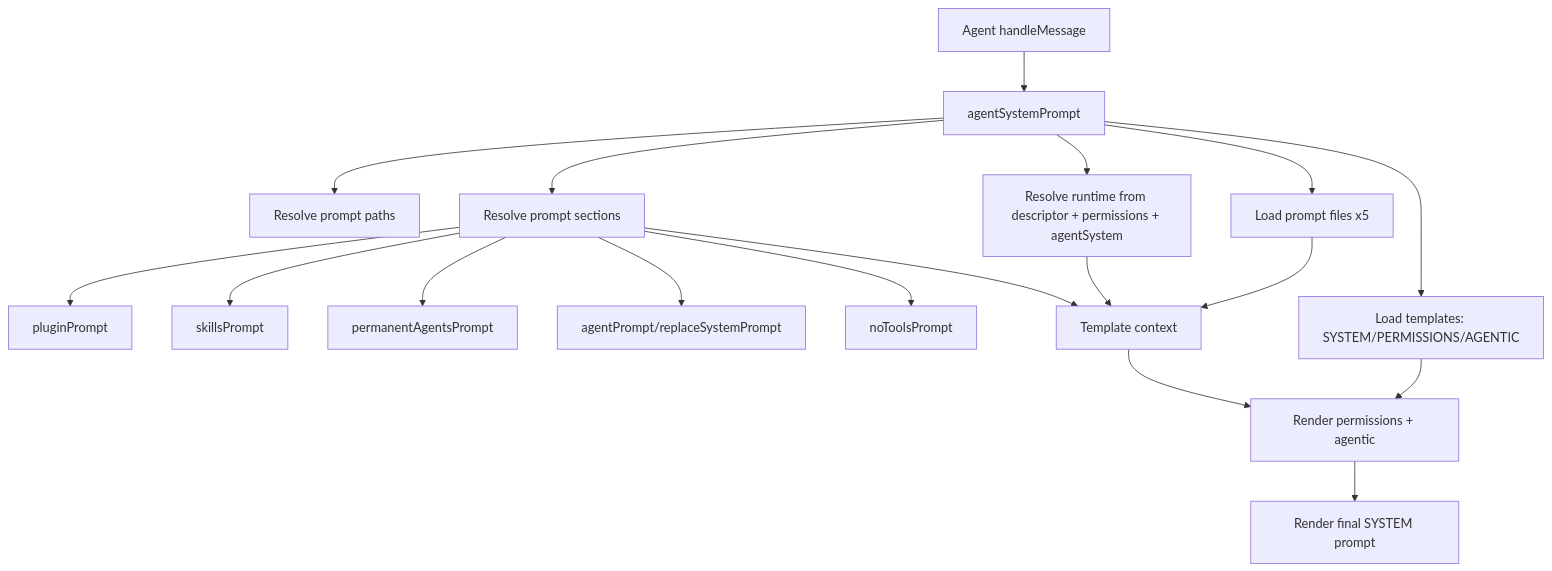
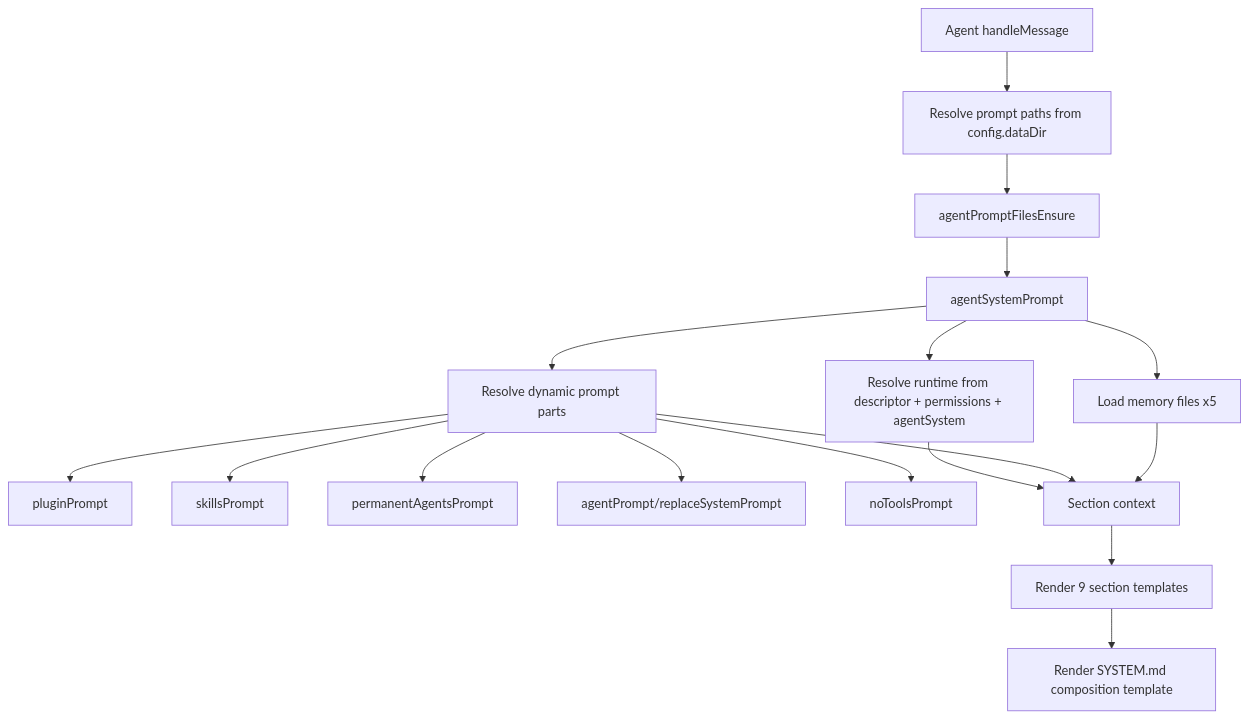
One commit to ex3ndr-bot/daycare changed the diagram in doc/internals/agent-system-prompt.md. Above: the diagram before and after it, drawn with Mermaid. The commit also changed other lines of this file and 26 other files, not shown here.

Commit message:
refactor(agents): split system prompt into section resolvers

````diff
--- a/doc/internals/agent-system-prompt.md
+++ b/doc/internals/agent-system-prompt.md
@@ -21,20 +26,19 @@
 ```mermaid
 flowchart TD
-  A[Agent handleMessage] --> B[agentSystemPrompt]
-  B --> C[Resolve prompt paths]
-  B --> C1[Resolve runtime from descriptor + permissions + agentSystem]
-  B --> D[Resolve prompt sections]
+  A[Agent handleMessage] --> A1[Resolve prompt paths from config.dataDir]
+  A1 --> A2[agentPromptFilesEnsure]
+  A2 --> B[agentSystemPrompt]
+  B --> C[Resolve runtime from descriptor + permissions + agentSystem]
+  B --> D[Resolve dynamic prompt parts]
   D --> D1[pluginPrompt]
   D --> D2[skillsPrompt]
   D --> D3[permanentAgentsPrompt]
   D --> D4[agentPrompt/replaceSystemPrompt]
   D --> D5[noToolsPrompt]
-  B --> E[Load prompt files x5]
-  B --> F[Load templates: SYSTEM/PERMISSIONS/AGENTIC]
-  E --> G[Template context]
-  C1 --> G
-  D --> G
-  F --> H[Render permissions + agentic]
-  G --> H
-  H --> I[Render final SYSTEM prompt]
+  B --> E[Load memory files x5]
+  C --> F[Section context]
+  D --> F
+  E --> F
+  F --> G[Render 9 section templates]
+  G --> H[Render SYSTEM.md composition template]
 ```
````
